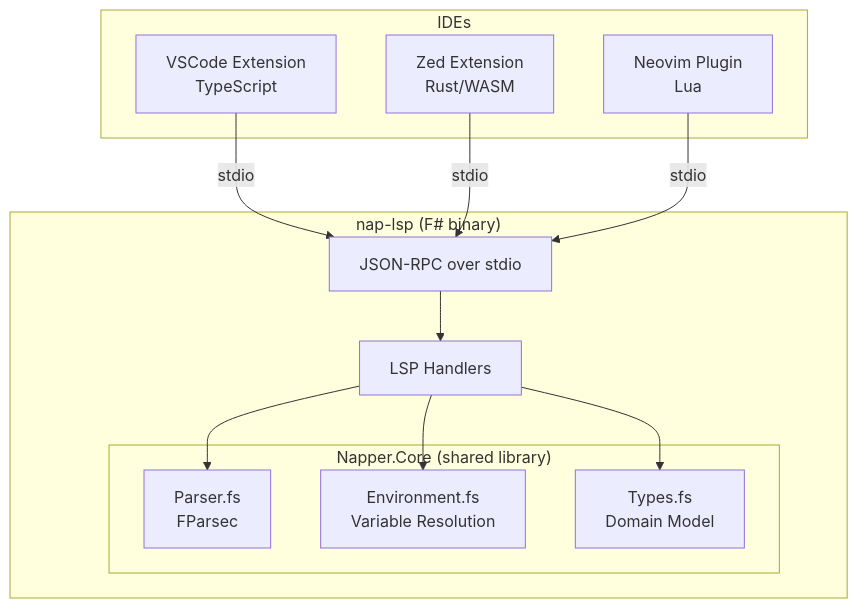
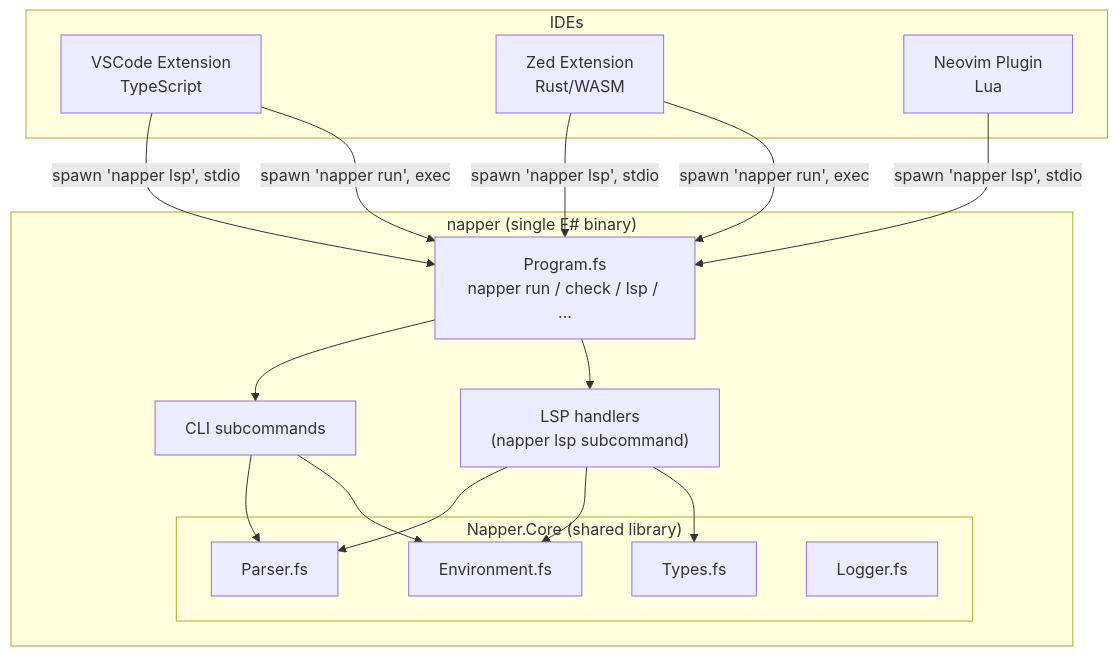
One commit to MelbourneDeveloper/napper changed the diagram in docs/specs/LSP-SPEC.md. Above: the diagram before and after it, drawn with Mermaid. The commit also changed other lines of this file and 6 other files, not shown here.

````diff
--- a/docs/specs/LSP-SPEC.md
+++ b/docs/specs/LSP-SPEC.md
@@ -9,26 +17,33 @@
 ```mermaid
 graph TB
     subgraph IDEs
         VS[VSCode Extension<br/>TypeScript]
         ZD[Zed Extension<br/>Rust/WASM]
         NV[Neovim Plugin<br/>Lua]
     end
 
-    subgraph "nap-lsp (F# binary)"
-        JSONRPC[JSON-RPC over stdio]
-        HANDLERS[LSP Handlers]
+    subgraph "napper (single F# binary)"
+        ENTRY["Program.fs<br/>napper run / check / lsp / ..."]
+        CLI_HANDLERS[CLI subcommands]
+        LSP_HANDLERS["LSP handlers<br/>(napper lsp subcommand)"]
         subgraph "Napper.Core (shared library)"
-            PARSER[Parser.fs<br/>FParsec]
-            ENV[Environment.fs<br/>Variable Resolution]
-            TYPES[Types.fs<br/>Domain Model]
+            PARSER[Parser.fs]
+            ENV[Environment.fs]
+            TYPES[Types.fs]
+            LOGGER[Logger.fs]
         end
     end
 
-    VS -->|stdio| JSONRPC
-    ZD -->|stdio| JSONRPC
-    NV -->|stdio| JSONRPC
-    JSONRPC --> HANDLERS
-    HANDLERS --> PARSER
-    HANDLERS --> ENV
-    HANDLERS --> TYPES
+    VS -->|spawn 'napper lsp', stdio| ENTRY
+    ZD -->|spawn 'napper lsp', stdio| ENTRY
+    NV -->|spawn 'napper lsp', stdio| ENTRY
+    VS -->|spawn 'napper run', exec| ENTRY
+    ZD -->|spawn 'napper run', exec| ENTRY
+    ENTRY --> CLI_HANDLERS
+    ENTRY --> LSP_HANDLERS
+    CLI_HANDLERS --> PARSER
+    CLI_HANDLERS --> ENV
+    LSP_HANDLERS --> PARSER
+    LSP_HANDLERS --> ENV
+    LSP_HANDLERS --> TYPES
 ```
````
